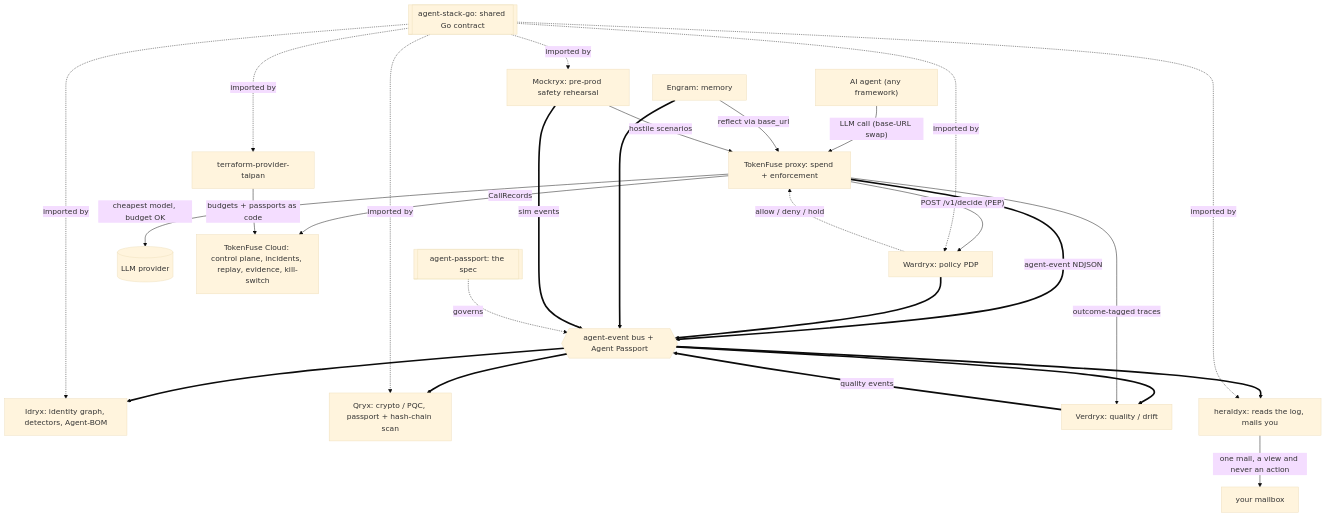
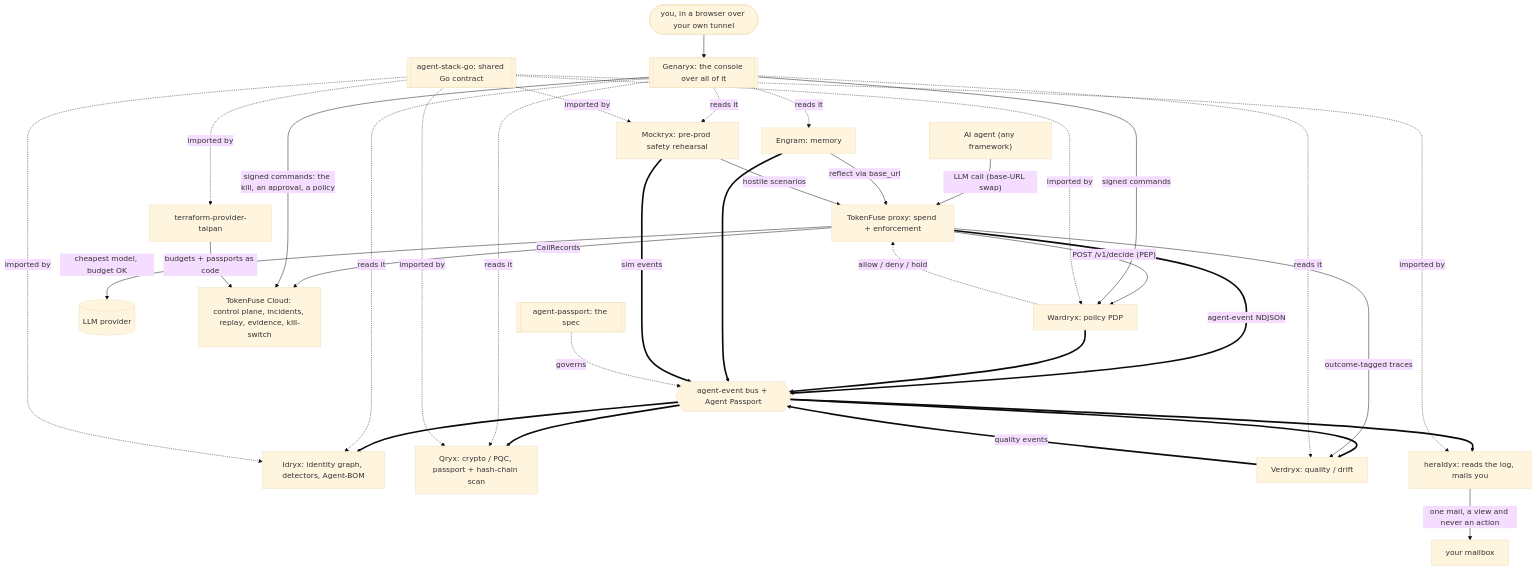
One commit to TAIPANBOX/qryx changed the diagram in README.md. Above: the diagram before and after it, drawn with Mermaid (base theme).

````diff
--- a/README.md
+++ b/README.md
@@ -38,29 +38,37 @@
 ```mermaid
 flowchart TB
   Agent["AI agent (any framework)"] -->|"LLM call (base-URL swap)"| TF["TokenFuse proxy: spend + enforcement"]
   TF -->|"POST /v1/decide (PEP)"| WX["Wardryx: policy PDP"]
   WX -.->|"allow / deny / hold"| TF
   TF -->|"cheapest model, budget OK"| LLM[("LLM provider")]
   TF -->|"CallRecords"| CL["TokenFuse Cloud: control plane, incidents, replay, evidence, kill-switch"]
   TF ==>|"agent-event NDJSON"| BUS{{"agent-event bus + Agent Passport"}}
   WX ==> BUS
   ENG["Engram: memory"] -->|"reflect via base_url"| TF
   ENG ==> BUS
   BUS ==> IDX["Idryx: identity graph, detectors, Agent-BOM"]
   BUS ==> QX["Qryx: crypto / PQC, passport + hash-chain scan"]
   BUS ==> VX["Verdryx: quality / drift"]
   VX ==>|"quality events"| BUS
   TF -->|"outcome-tagged traces"| VX
   MX["Mockryx: pre-prod safety rehearsal"] -->|"hostile scenarios"| TF
   MX ==>|"sim events"| BUS
   BUS ==> HX["heraldyx: reads the log, mails you"]
   HX -->|"one mail, a view and never an action"| OPS["your mailbox"]
+  YOU(["you, in a browser over your own tunnel"]) --> GX[["Genaryx: the console over all of it"]]
+  GX -->|"signed commands: the kill, an approval, a policy"| CL
+  GX -->|"signed commands"| WX
+  GX -.->|"reads it"| IDX
+  GX -.->|"reads it"| QX
+  GX -.->|"reads it"| VX
+  GX -.->|"reads it"| MX
+  GX -.->|"reads it"| ENG
   TFP["terraform-provider-taipan"] -->|"budgets + passports as code"| CL
   ASG[["agent-stack-go: shared Go contract"]] -.->|imported by| IDX
   ASG -.->|imported by| WX
   ASG -.->|imported by| MX
   ASG -.->|imported by| TFP
   ASG -.->|imported by| HX
   ASG -.->|imported by| QX
   SPEC[["agent-passport: the spec"]] -.->|governs| BUS
 ```
````
